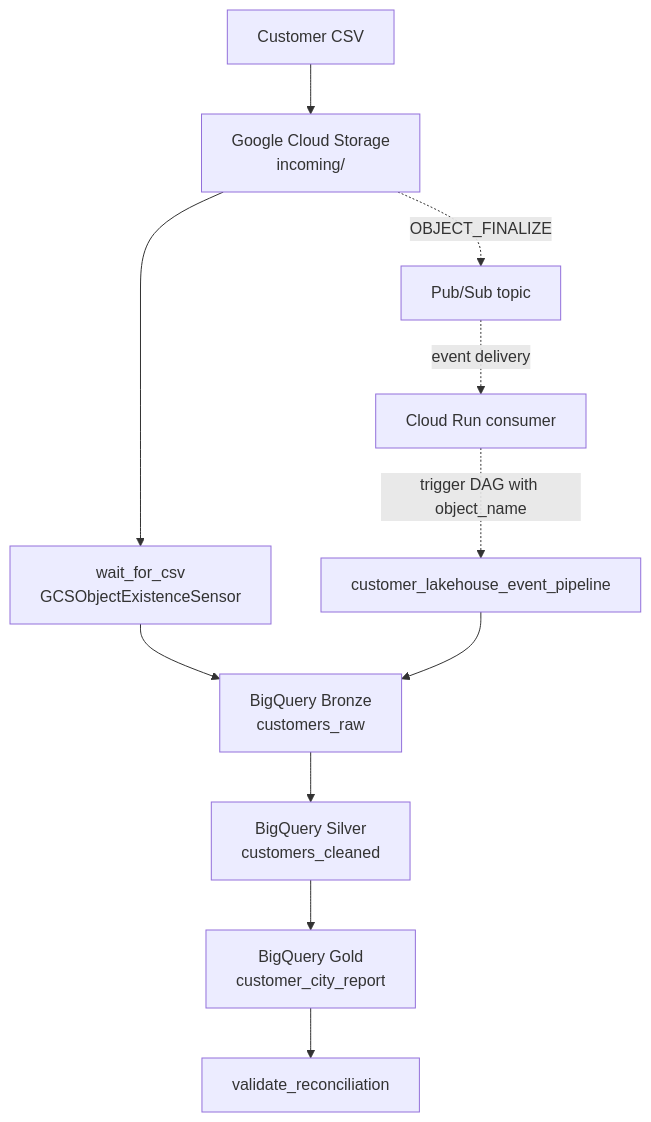
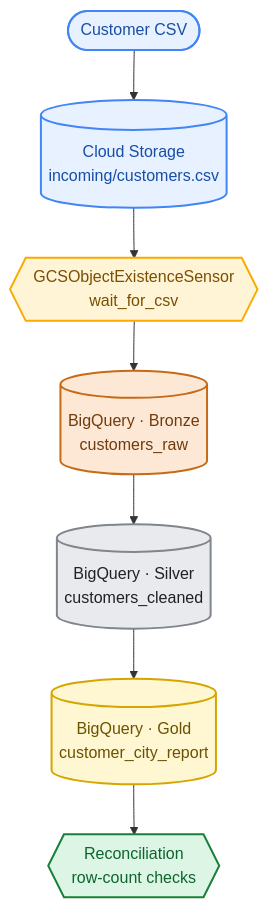
The first of 3 diagrams in cloudpulse-documentation/README.md (cloudwithpavan/cloudpulse-gcp-customer-lakehouse), drawn with Mermaid before and after one commit. The commit also changed other lines of this file and 22 other files, not shown here.

Commit message:
Update CloudPulse README and add pipeline screenshots

````diff
--- a/cloudpulse-documentation/README.md
+++ b/cloudpulse-documentation/README.md
@@ -37,14 +38,21 @@
 ```mermaid
 flowchart TB
-    CSV[Customer CSV] --> GCS[Google Cloud Storage<br/>incoming/]
-    GCS --> SENSOR[wait_for_csv<br/>GCSObjectExistenceSensor]
-    SENSOR --> BRONZE[BigQuery Bronze<br/>customers_raw]
-    BRONZE --> SILVER[BigQuery Silver<br/>customers_cleaned]
-    SILVER --> GOLD[BigQuery Gold<br/>customer_city_report]
-    GOLD --> VALIDATE[validate_reconciliation]
-
-    GCS -. OBJECT_FINALIZE .-> PUBSUB[Pub/Sub topic]
-    PUBSUB -. event delivery .-> CONSUMER[Cloud Run consumer]
-    CONSUMER -. trigger DAG with object_name .-> EVENTDAG[customer_lakehouse_event_pipeline]
-    EVENTDAG --> BRONZE
+    CSV([Customer CSV]) --> GCS[(Cloud Storage<br/>incoming/customers.csv)]
+    GCS --> SENSOR{{GCSObjectExistenceSensor<br/>wait_for_csv}}
+    SENSOR --> BRONZE[(BigQuery · Bronze<br/>customers_raw)]
+    BRONZE --> SILVER[(BigQuery · Silver<br/>customers_cleaned)]
+    SILVER --> GOLD[(BigQuery · Gold<br/>customer_city_report)]
+    GOLD --> QA{{Reconciliation<br/>row-count checks}}
+    classDef storage fill:#E8F1FF,stroke:#4285F4,color:#174EA6,stroke-width:2px;
+    classDef sensor fill:#FFF4D6,stroke:#F9AB00,color:#7A4F01,stroke-width:2px;
+    classDef bronze fill:#FCE8D5,stroke:#C66A16,color:#713B0B,stroke-width:2px;
+    classDef silver fill:#E8EAED,stroke:#80868B,color:#202124,stroke-width:2px;
+    classDef gold fill:#FEF7D1,stroke:#D6A500,color:#6B5200,stroke-width:2px;
+    classDef qa fill:#DDF5E5,stroke:#188038,color:#0D652D,stroke-width:2px;
+    class CSV,GCS storage;
+    class SENSOR sensor;
+    class BRONZE bronze;
+    class SILVER silver;
+    class GOLD gold;
+    class QA qa;
 ```
````
